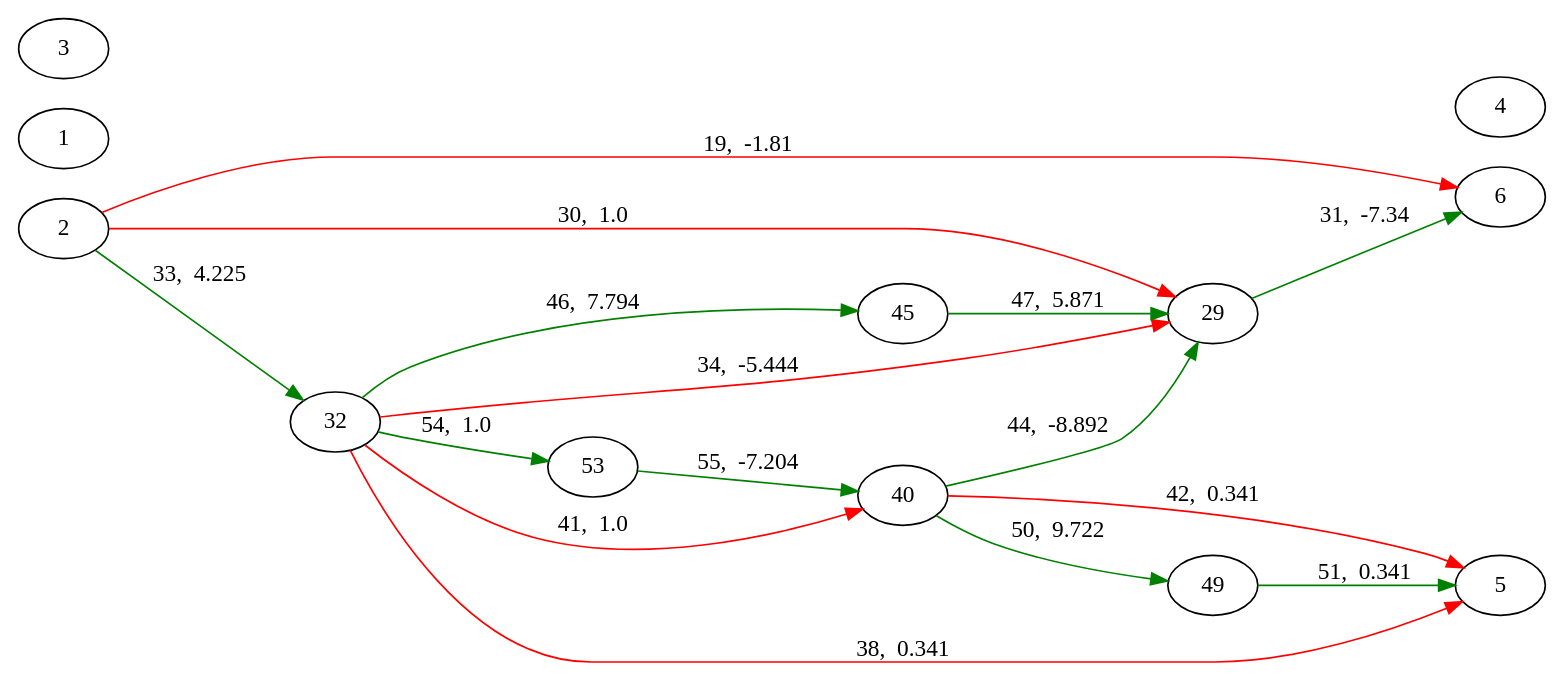
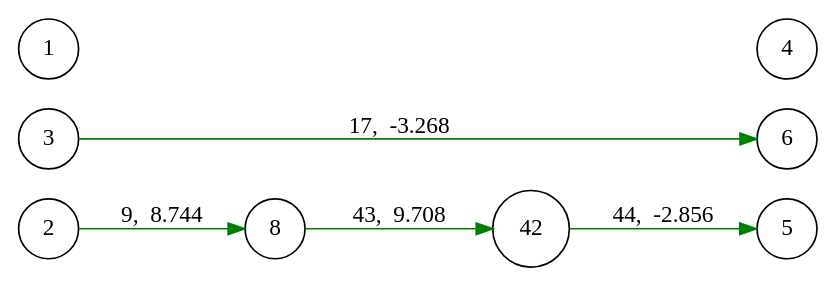
Before and after one commit to Rithvik-Reddy-Adapa/NEATJulia: the diagram in neat_0_3.dot, drawn with Graphviz. The commit also changed 10 other files, not shown here.

```diff
--- a/neat_0_3.dot
+++ b/neat_0_3.dot
@@ -1,24 +1,12 @@
 digraph {
 	rankdir=LR;
-	2->6[color=red,label="19,  -1.81",penwidth=1.0];
-	2->29[color=red,label="30,  1.0",penwidth=1.0];
-	2->32[color=green,label="33,  4.225",penwidth=1.0];
+	node [shape=circle];
+	2->8[color=green,label="9,  8.744",penwidth=1.0];
+	3->6[color=green,label="17,  -3.268",penwidth=1.0];
 	{rank=same; 1, 2, 3}
-	32->29[color=red,label="34,  -5.444",penwidth=1.0];
-	32->5[color=red,label="38,  0.341",penwidth=1.0];
-	32->40[color=red,label="41,  1.0",penwidth=1.0];
-	32->45[color=green,label="46,  7.794",penwidth=1.0];
-	32->53[color=green,label="54,  1.0",penwidth=1.0];
-	{rank=same; 32}
-	53->40[color=green,label="55,  -7.204",penwidth=1.0];
-	{rank=same; 53}
-	40->5[color=red,label="42,  0.341",penwidth=1.0];
-	40->29[color=green,label="44,  -8.892",penwidth=1.0];
-	40->49[color=green,label="50,  9.722",penwidth=1.0];
-	45->29[color=green,label="47,  5.871",penwidth=1.0];
-	{rank=same; 40, 45}
-	29->6[color=green,label="31,  -7.34",penwidth=1.0];
-	49->5[color=green,label="51,  0.341",penwidth=1.0];
-	{rank=same; 29, 49}
+	8->42[color=green,label="43,  9.708",penwidth=1.0];
+	{rank=same; 8}
+	42->5[color=green,label="44,  -2.856",penwidth=1.0];
+	{rank=same; 42}
 	{rank=same; 4, 5, 6}
 }
```
